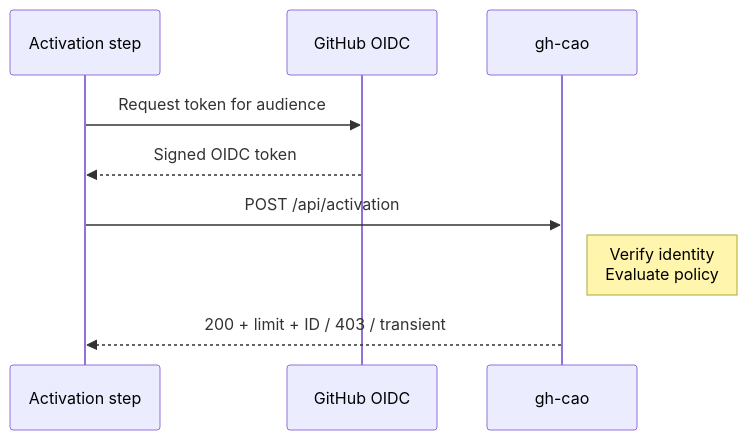
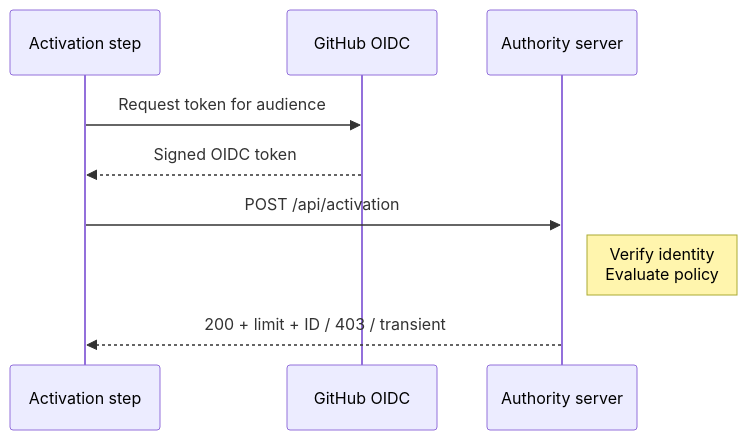
One commit to githubnext/gh-aw changed the first of 3 diagrams in docs/src/content/docs/specs/admission-service-specification.md. Above: the diagram before and after it, drawn with Mermaid. The commit also changed other lines of this file, not shown here.

Commit message:
docs: generalize admission authority and align GitHub App usage

````diff
--- a/docs/src/content/docs/specs/admission-service-specification.md
+++ b/docs/src/content/docs/specs/admission-service-specification.md
@@ -74,12 +91,12 @@
 ```mermaid
 sequenceDiagram
     participant A as Activation step
     participant G as GitHub OIDC
-    participant C as gh-cao
+    participant S as Authority server
 
     A->>G: Request token for audience
     G-->>A: Signed OIDC token
-    A->>C: POST /api/activation
-    Note right of C: Verify identity<br/>Evaluate policy
-    C-->>A: 200 + limit + ID / 403 / transient
+    A->>S: POST /api/activation
+    Note right of S: Verify identity<br/>Evaluate policy
+    S-->>A: 200 + limit + ID / 403 / transient
 ```
````
